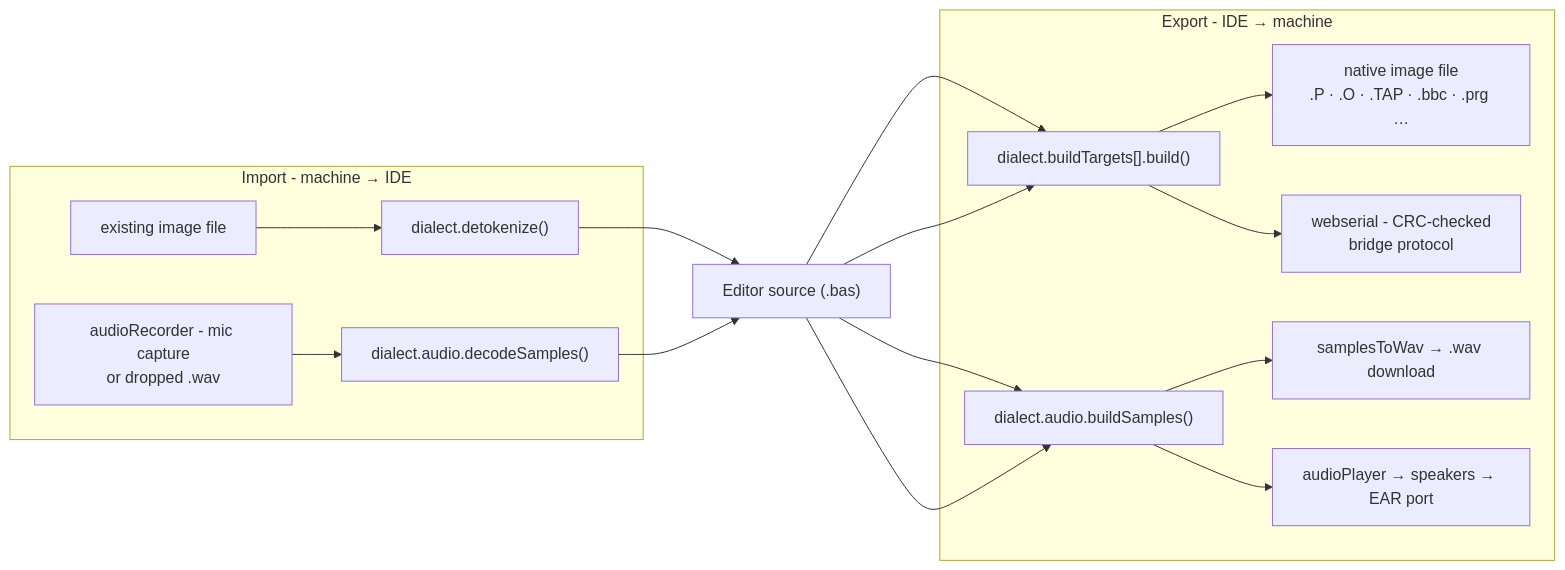
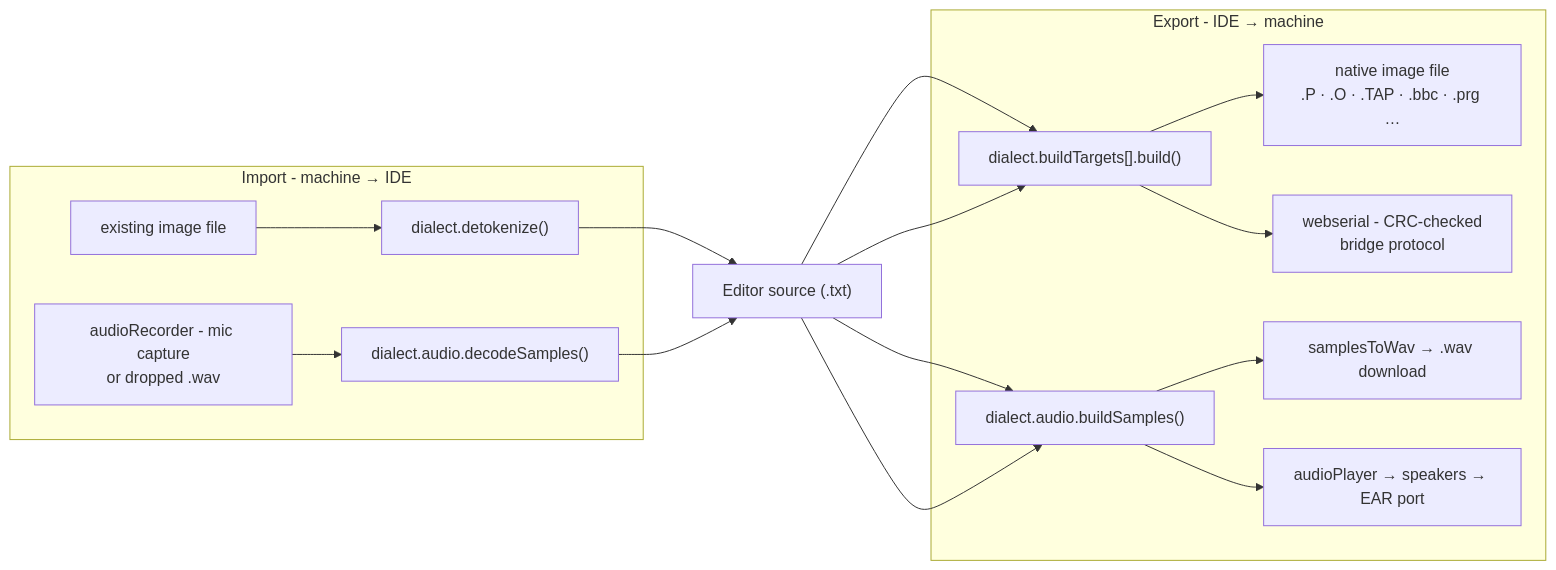
One commit to seanhodges/basically changed the seventh of 7 diagrams in docs/contributing/architecture.md. Above: the diagram before and after it, drawn with Mermaid. The commit also changed other lines of this file and 19 other files, not shown here.

First line of the commit message:
Default file save/load to .txt instead of .bas

````diff
--- a/docs/contributing/architecture.md
+++ b/docs/contributing/architecture.md
@@ -331,27 +331,27 @@
 ```mermaid
 flowchart LR
-  editor["Editor source (.bas)"]
+  editor["Editor source (.txt)"]
 
   subgraph export ["Export - IDE → machine"]
     build["dialect.buildTargets[].build()"]
     enc["dialect.audio.buildSamples()"]
     imgfile["native image file<br/>.P · .O · .TAP · .bbc · .prg …"]
     wav["samplesToWav → .wav download"]
     speaker["audioPlayer → speakers → EAR port"]
     serial["webserial - CRC-checked<br/>bridge protocol"]
   end
 
   subgraph import ["Import - machine → IDE"]
     binfile["existing image file"]
     mic["audioRecorder - mic capture<br/>or dropped .wav"]
     dec["dialect.audio.decodeSamples()"]
     detok["dialect.detokenize()"]
   end
 
   editor --> build --> imgfile
   editor --> build --> serial
   editor --> enc --> wav
   editor --> enc --> speaker
   binfile --> detok --> editor
   mic --> dec --> editor
 ```
````
